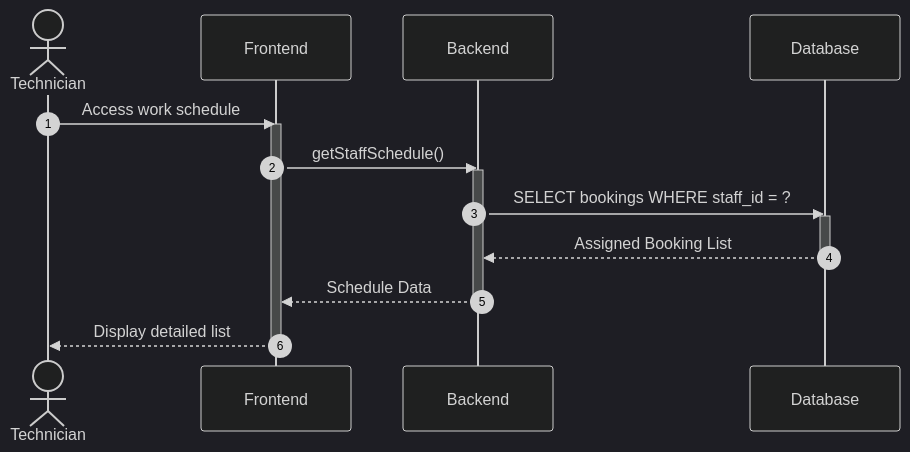
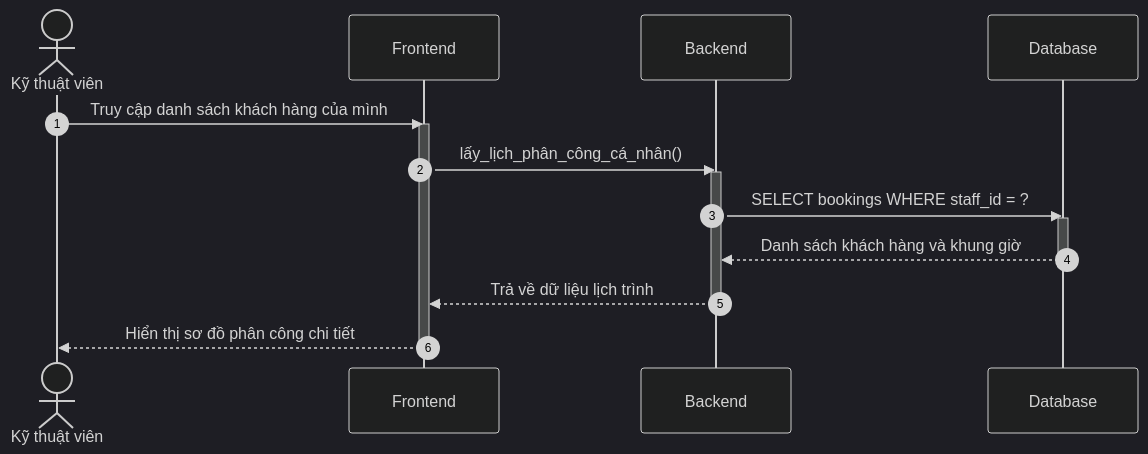
Before and after one commit to ngoctinn/Synapse: the first of 2 diagrams in docs/design/sequences_simplified/technician_flows.md, drawn with Mermaid (dark theme). The commit also changed other lines of this file and 4 other files, not shown here.

Commit message:
docs: Add simplified sequence diagrams for authentication and various user flows.

````diff
--- a/docs/design/sequences_simplified/technician_flows.md
+++ b/docs/design/sequences_simplified/technician_flows.md
@@ -7,21 +7,21 @@
 ```mermaid
 sequenceDiagram
     autonumber
-    actor KTV as Technician
+    actor KTV as Kỹ thuật viên
     participant FE as Frontend
     participant BE as Backend
     participant DB as Database
 
-    KTV->>FE: Access work schedule
+    KTV->>FE: Truy cập danh sách khách hàng của mình
     activate FE
-    FE->>BE: getStaffSchedule()
+    FE->>BE: lấy_lịch_phân_công_cá_nhân()
     activate BE
     BE->>DB: SELECT bookings WHERE staff_id = ?
     activate DB
-    DB-->>BE: Assigned Booking List
+    DB-->>BE: Danh sách khách hàng và khung giờ
     deactivate DB
-    BE-->>FE: Schedule Data
+    BE-->>FE: Trả về dữ liệu lịch trình
     deactivate BE
-    FE-->>KTV: Display detailed list
+    FE-->>KTV: Hiển thị sơ đồ phân công chi tiết
     deactivate FE
 ```
````
